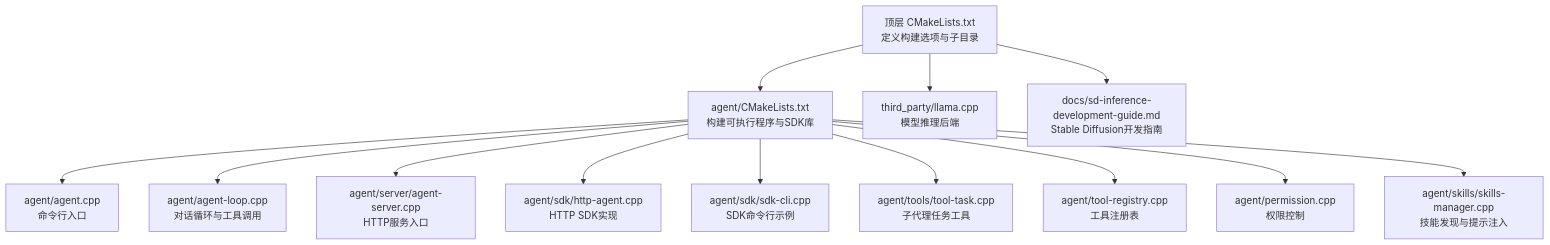
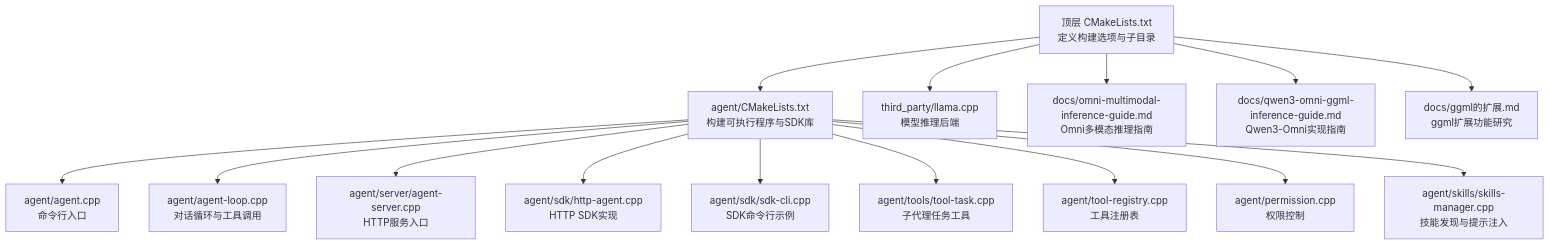
One commit to acproject/llama.cpp-agent changed the first of 10 diagrams in .qoder/repowiki/zh/content/开发者指南/开发者指南.md. Above: the diagram before and after it, drawn with Mermaid. The commit also changed other lines of this file and 3 other files, not shown here.

````diff
--- a/.qoder/repowiki/zh/content/开发者指南/开发者指南.md
+++ b/.qoder/repowiki/zh/content/开发者指南/开发者指南.md
@@ -51,15 +59,17 @@
 ```mermaid
 graph TB
 A["顶层 CMakeLists.txt<br/>定义构建选项与子目录"] --> B["agent/CMakeLists.txt<br/>构建可执行程序与SDK库"]
 A --> C["third_party/llama.cpp<br/>模型推理后端"]
-A --> D["docs/sd-inference-development-guide.md<br/>Stable Diffusion开发指南"]
-B --> E["agent/agent.cpp<br/>命令行入口"]
-B --> F["agent/agent-loop.cpp<br/>对话循环与工具调用"]
-B --> G["agent/server/agent-server.cpp<br/>HTTP服务入口"]
-B --> H["agent/sdk/http-agent.cpp<br/>HTTP SDK实现"]
-B --> I["agent/sdk/sdk-cli.cpp<br/>SDK命令行示例"]
-B --> J["agent/tools/tool-task.cpp<br/>子代理任务工具"]
-B --> K["agent/tool-registry.cpp<br/>工具注册表"]
-B --> L["agent/permission.cpp<br/>权限控制"]
-B --> M["agent/skills/skills-manager.cpp<br/>技能发现与提示注入"]
+A --> D["docs/omni-multimodal-inference-guide.md<br/>Omni多模态推理指南"]
+A --> E["docs/qwen3-omni-ggml-inference-guide.md<br/>Qwen3-Omni实现指南"]
+A --> F["docs/ggml的扩展.md<br/>ggml扩展功能研究"]
+B --> G["agent/agent.cpp<br/>命令行入口"]
+B --> H["agent/agent-loop.cpp<br/>对话循环与工具调用"]
+B --> I["agent/server/agent-server.cpp<br/>HTTP服务入口"]
+B --> J["agent/sdk/http-agent.cpp<br/>HTTP SDK实现"]
+B --> K["agent/sdk/sdk-cli.cpp<br/>SDK命令行示例"]
+B --> L["agent/tools/tool-task.cpp<br/>子代理任务工具"]
+B --> M["agent/tool-registry.cpp<br/>工具注册表"]
+B --> N["agent/permission.cpp<br/>权限控制"]
+B --> O["agent/skills/skills-manager.cpp<br/>技能发现与提示注入"]
 ```
````
